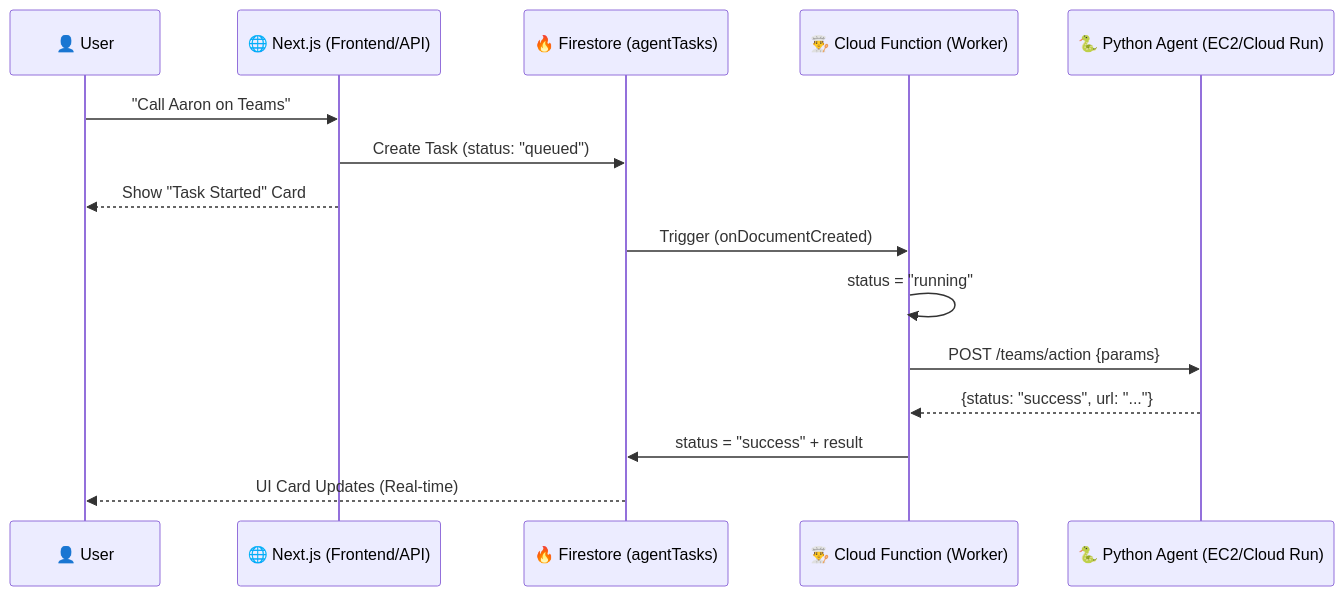
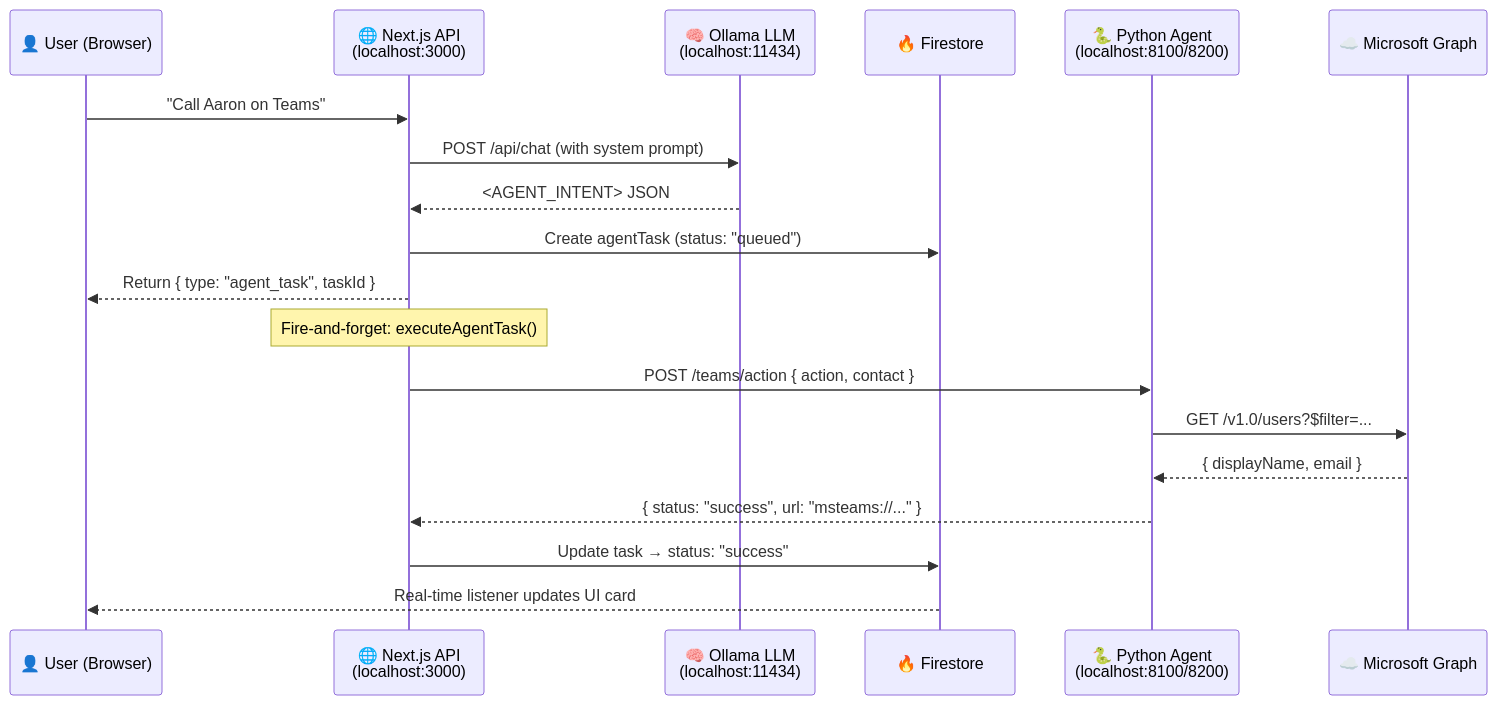
Before and after one commit to AyushGahtori/SaaS-ai: the first of 9 diagrams in ai-everyone/Documentation/production_plan.md, drawn with Mermaid. The commit also changed other lines of this file, not shown here.

````diff
--- a/ai-everyone/Documentation/production_plan.md
+++ b/ai-everyone/Documentation/production_plan.md
@@ -31,18 +68,22 @@
 ```mermaid
 sequenceDiagram
-    participant User as 👤 User
-    participant NextJS as 🌐 Next.js (Frontend/API)
-    participant Firestore as 🔥 Firestore (agentTasks)
-    participant GCF as 👨‍🍳 Cloud Function (Worker)
-    participant Agent as 🐍 Python Agent (EC2/Cloud Run)
+    participant User as 👤 User (Browser)
+    participant NextJS as 🌐 Next.js API<br/>(localhost:3000)
+    participant Ollama as 🧠 Ollama LLM<br/>(localhost:11434)
+    participant FS as 🔥 Firestore
+    participant Agent as 🐍 Python Agent<br/>(localhost:8100/8200)
+    participant Graph as ☁️ Microsoft Graph
 
     User->>NextJS: "Call Aaron on Teams"
-    NextJS->>Firestore: Create Task (status: "queued")
-    NextJS-->>User: Show "Task Started" Card
-    Firestore->>GCF: Trigger (onDocumentCreated)
-    GCF->>GCF: status = "running"
-    GCF->>Agent: POST /teams/action {params}
-    Agent-->>GCF: {status: "success", url: "..."}
-    GCF->>Firestore: status = "success" + result
-    Firestore-->>User: UI Card Updates (Real-time)
+    NextJS->>Ollama: POST /api/chat (with system prompt)
+    Ollama-->>NextJS: <AGENT_INTENT> JSON
+    NextJS->>FS: Create agentTask (status: "queued")
+    NextJS-->>User: Return { type: "agent_task", taskId }
+    Note over NextJS: Fire-and-forget: executeAgentTask()
+    NextJS->>Agent: POST /teams/action { action, contact }
+    Agent->>Graph: GET /v1.0/users?$filter=...
+    Graph-->>Agent: { displayName, email }
+    Agent-->>NextJS: { status: "success", url: "msteams://..." }
+    NextJS->>FS: Update task → status: "success"
+    FS-->>User: Real-time listener updates UI card
 ```
````
